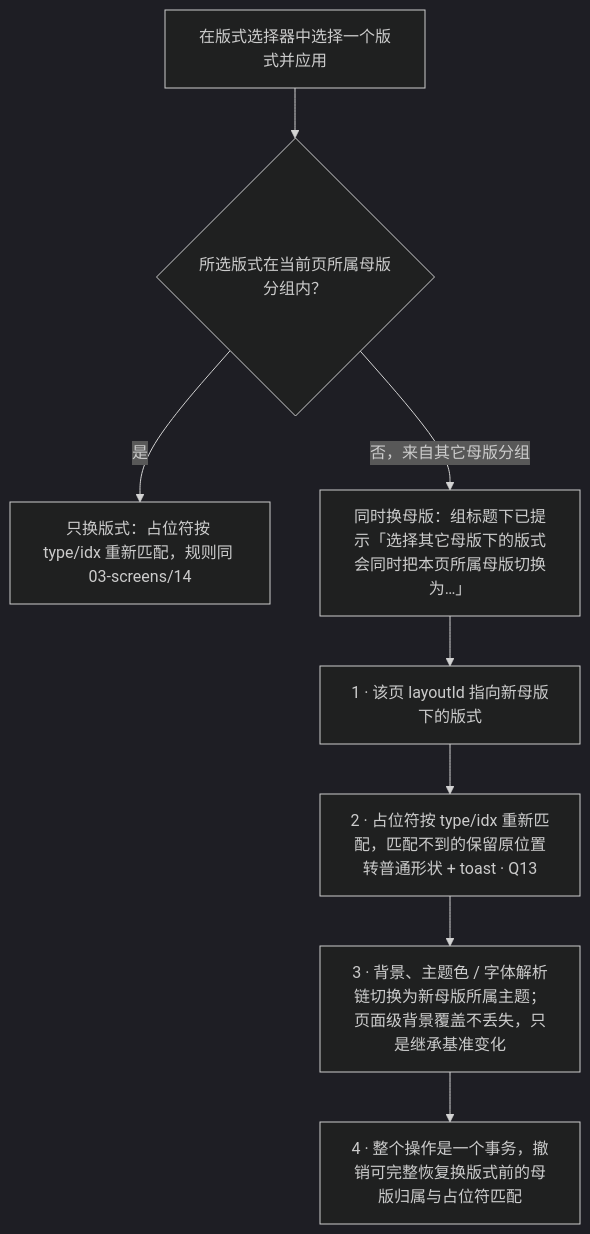
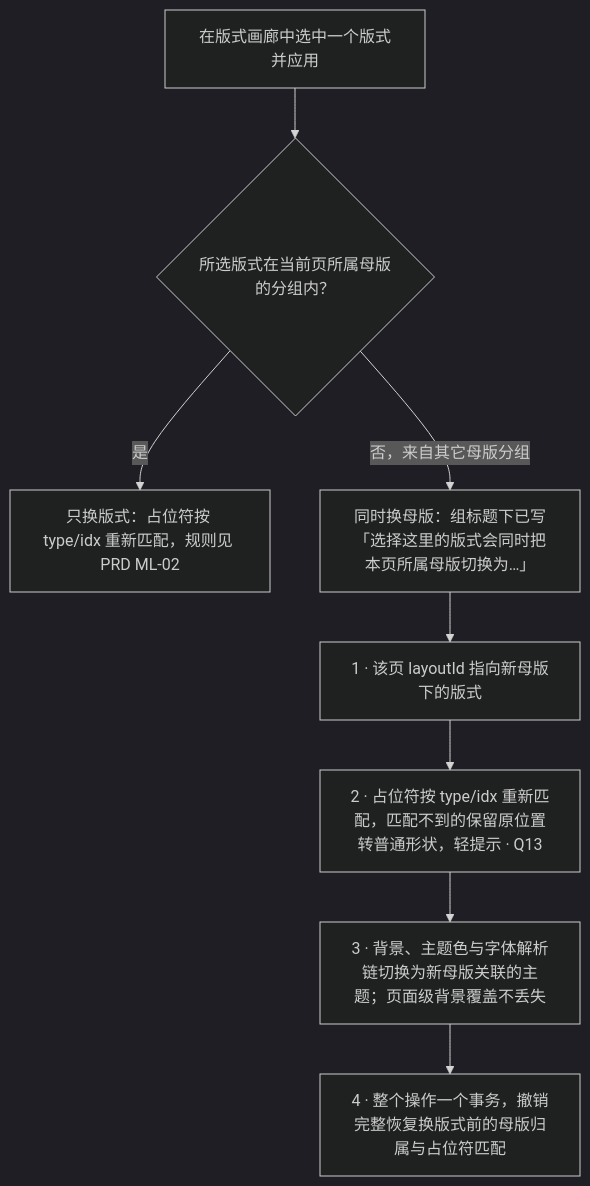
The second of 3 diagrams in docs/20-design/03-screens/27-layout-picker-and-reset.md (Xeonice/cordis-ppt-editor), drawn with Mermaid (dark theme) before and after one commit. The commit also changed other lines of this file and 44 other files, not shown here.

````diff
--- a/docs/20-design/03-screens/27-layout-picker-and-reset.md
+++ b/docs/20-design/03-screens/27-layout-picker-and-reset.md
@@ -48,14 +118,14 @@
 ```mermaid
 flowchart TB
-  pick["在版式选择器中选择一个版式并应用"]
-  q{"所选版式在当前页所属母版分组内？"}
-  same["只换版式：占位符按 type/idx 重新匹配，规则同 03-screens/14"]
-  cross["同时换母版：组标题下已提示「选择其它母版下的版式会同时把本页所属母版切换为…」"]
+  pick["在版式画廊中选中一个版式并应用"]
+  q{"所选版式在当前页所属母版的分组内？"}
+  same["只换版式：占位符按 type/idx 重新匹配，规则见 PRD ML-02"]
+  cross["同时换母版：组标题下已写「选择这里的版式会同时把本页所属母版切换为…」"]
   s1["1 · 该页 layoutId 指向新母版下的版式"]
-  s2["2 · 占位符按 type/idx 重新匹配，匹配不到的保留原位置转普通形状 + toast · Q13"]
-  s3["3 · 背景、主题色 / 字体解析链切换为新母版所属主题；页面级背景覆盖不丢失，只是继承基准变化"]
-  s4["4 · 整个操作是一个事务，撤销可完整恢复换版式前的母版归属与占位符匹配"]
+  s2["2 · 占位符按 type/idx 重新匹配，匹配不到的保留原位置转普通形状，轻提示 · Q13"]
+  s3["3 · 背景、主题色与字体解析链切换为新母版关联的主题；页面级背景覆盖不丢失"]
+  s4["4 · 整个操作一个事务，撤销完整恢复换版式前的母版归属与占位符匹配"]
   pick --> q
   q -->|"是"| same
   q -->|"否，来自其它母版分组"| cross --> s1 --> s2 --> s3 --> s4
 ```
````
